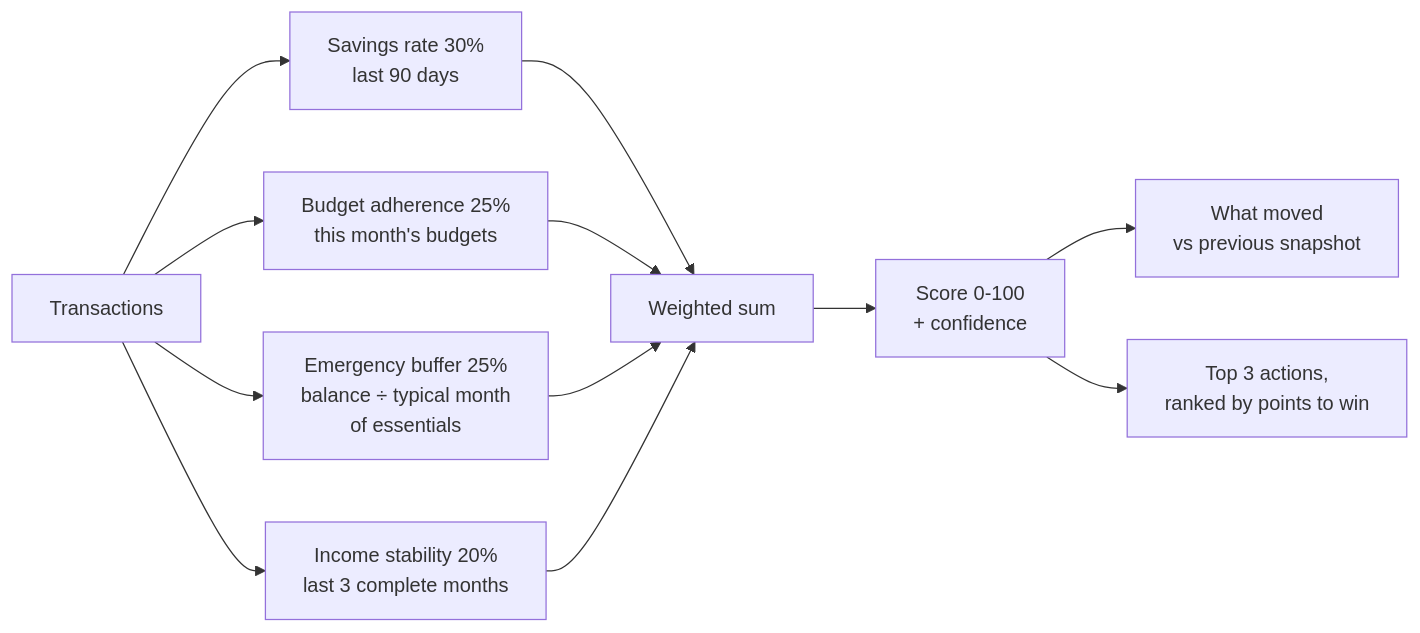
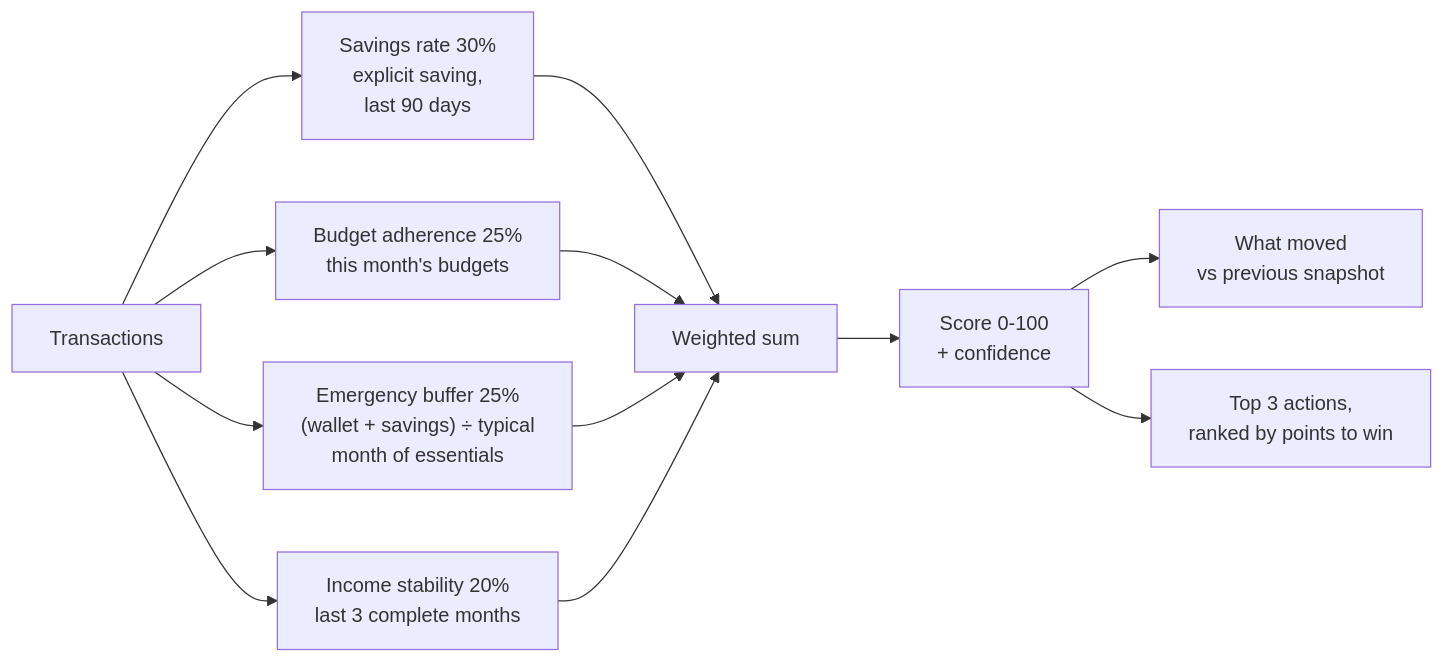
The fifth of 11 diagrams in docs/PROJECT_REPORT.md (AlchemistReturns/upay-compass), drawn with Mermaid before and after one commit. The commit also changed other lines of this file, not shown here.

Commit message:
docs(report): explicit savings, savings account, updated counts

````diff
--- a/docs/PROJECT_REPORT.md
+++ b/docs/PROJECT_REPORT.md
@@ -303,14 +307,14 @@
 ```mermaid
 flowchart LR
-  T[Transactions] --> S["Savings rate 30%<br/>last 90 days"]
+  T[Transactions] --> S["Savings rate 30%<br/>explicit saving,<br/>last 90 days"]
   T --> B["Budget adherence 25%<br/>this month's budgets"]
-  T --> E["Emergency buffer 25%<br/>balance ÷ typical month<br/>of essentials"]
+  T --> E["Emergency buffer 25%<br/>(wallet + savings) ÷ typical<br/>month of essentials"]
   T --> I["Income stability 20%<br/>last 3 complete months"]
   S --> W[Weighted sum]
   B --> W
   E --> W
   I --> W
   W --> SC["Score 0-100<br/>+ confidence"]
   SC --> M["What moved<br/>vs previous snapshot"]
   SC --> A["Top 3 actions,<br/>ranked by points to win"]
 ```
````
